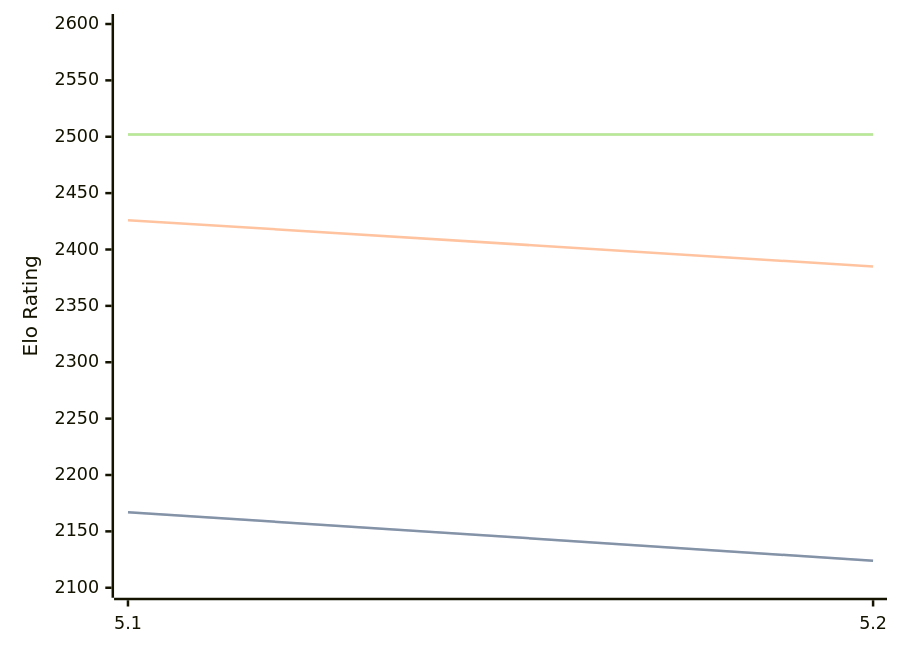
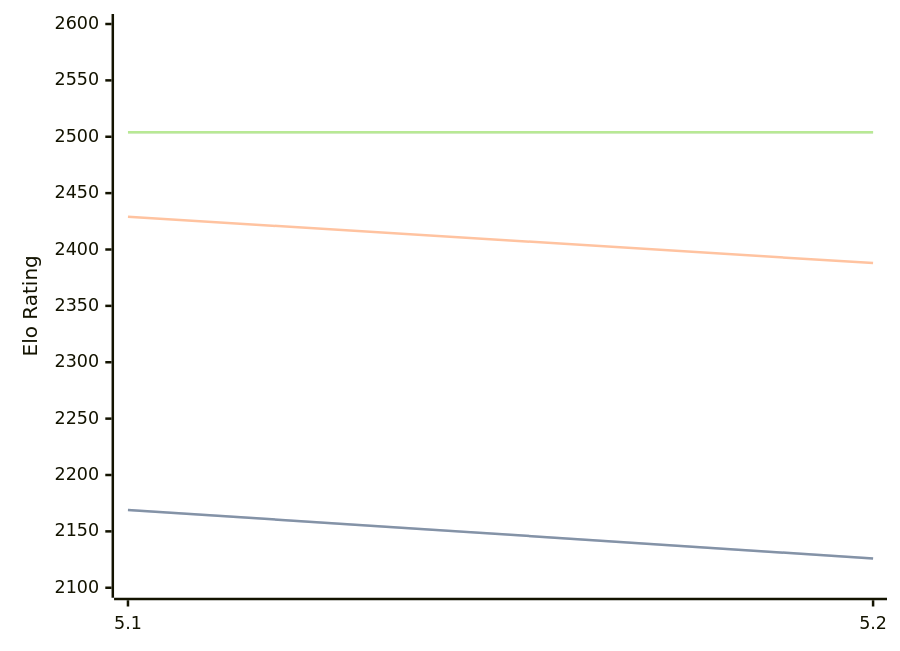
Before and after one commit to computer-chess-index/cci: the diagram in engines/Prophet.md, drawn with Mermaid. The commit also changed other lines of this file, not shown here.

Commit message:
Update CCI Ratings (ELO VLTC) - 2026-09-24

````diff
--- a/engines/Prophet.md
+++ b/engines/Prophet.md
@@ -32,11 +32,11 @@
 ```mermaid
 %%{init: {"theme":"base","themeVariables":{"seriesColors:['#a3a3a3','#222221','#faa371']}}}%%
 xychart-beta
   x-axis ["5.1", "5.2"]
   y-axis "Elo Rating" 2100 --> 2600
-  line "" [2167, 2124]
-  line "STC (8.0+0.08s)" [2167, 2124]
-  line "LTC (60.0+0.60s)" [2426, 2385]
-  line "" [2502, 2502]
-  line "VLTC (2m24s+1.12s)" [2502, 2502]
+  line "" [2169, 2126]
+  line "STC (8.0+0.08s)" [2169, 2126]
+  line "LTC (60.0+0.60s)" [2429, 2388]
+  line "" [2504, 2504]
+  line "VLTC (2m24s+1.12s)" [2504, 2504]
 ```
````
